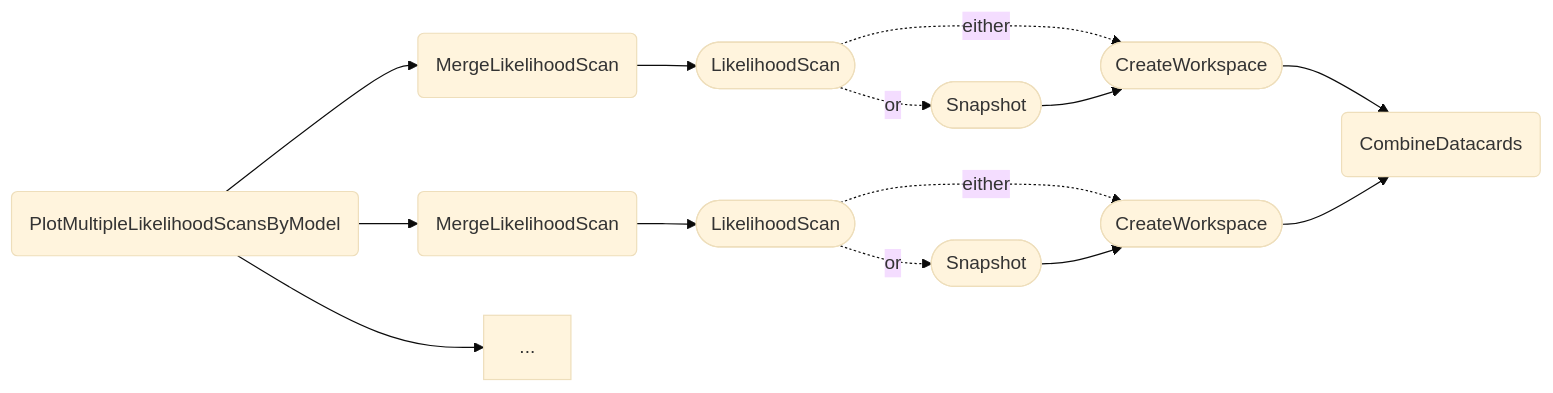
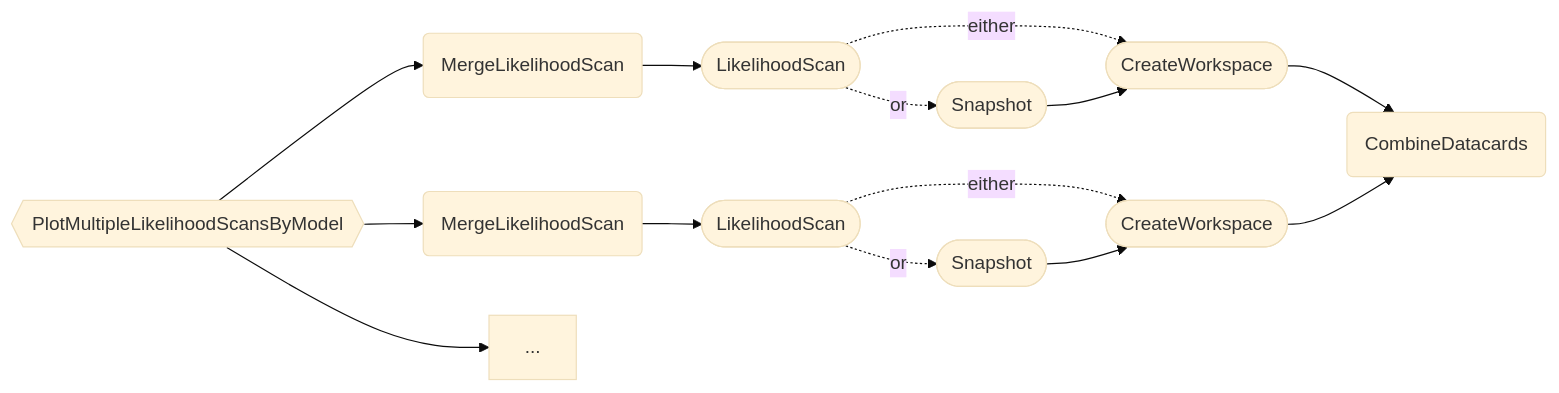
One commit to cms-hh/inference_tools changed the third of 3 diagrams in docs/content/tasks/likelihood.md. Above: the diagram before and after it, drawn with Mermaid (base theme). The commit also changed other lines of this file and 6 other files, not shown here.

````diff
--- a/docs/content/tasks/likelihood.md
+++ b/docs/content/tasks/likelihood.md
@@ -295,16 +297,16 @@
 ```mermaid
     graph LR;
-    A(PlotMultipleLikelihoodScansByModel) --> B1(MergeLikelihoodScan);
+    A{{PlotMultipleLikelihoodScansByModel}} --> B1(MergeLikelihoodScan);
     A --> B2(MergeLikelihoodScan);
     A --> ...;
     B1 --> C1([LikelihoodScan]);
     B2 --> C2([LikelihoodScan]);
     C1 -. either .-> D1([CreateWorkspace]);
     C2 -. either .-> D2([CreateWorkspace]);
     D1 --> E(CombineDatacards);
     D2 --> E;
     C1 -. or .-> F1([Snapshot]);
     C2 -. or .-> F2([Snapshot]);
     F1 --> D1;
     F2 --> D2;
 ```
````
